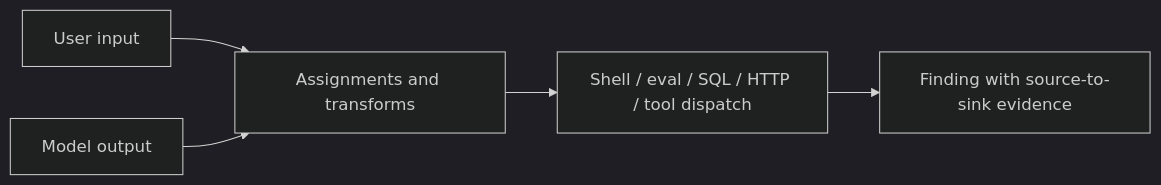
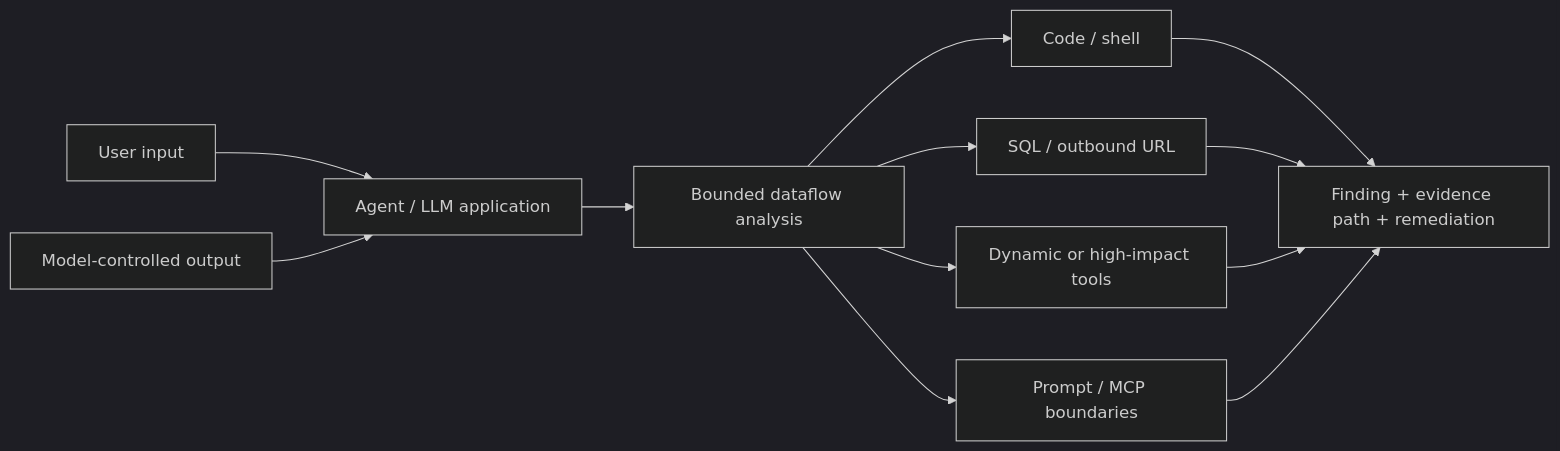
Before and after one commit to rezerpaul-crypto/llmsafe: the diagram in README.md, drawn with Mermaid (dark theme). The commit also changed other lines of this file and 4 other files, not shown here.

````diff
--- a/README.md
+++ b/README.md
@@ -28,7 +33,14 @@
 ```mermaid
 flowchart LR
-    A["User input"] --> C["Assignments and transforms"]
-    B["Model output"] --> C
-    C --> D["Shell / eval / SQL / HTTP / tool dispatch"]
-    D --> E["Finding with source-to-sink evidence"]
+    U["User input"] --> A["Agent / LLM application"]
+    M["Model-controlled output"] --> A
+    A --> F["Bounded dataflow analysis"]
+    F --> C["Code / shell"]
+    F --> D["SQL / outbound URL"]
+    F --> T["Dynamic or high-impact tools"]
+    F --> P["Prompt / MCP boundaries"]
+    C --> E["Finding + evidence path + remediation"]
+    D --> E
+    T --> E
+    P --> E
 ```
````
